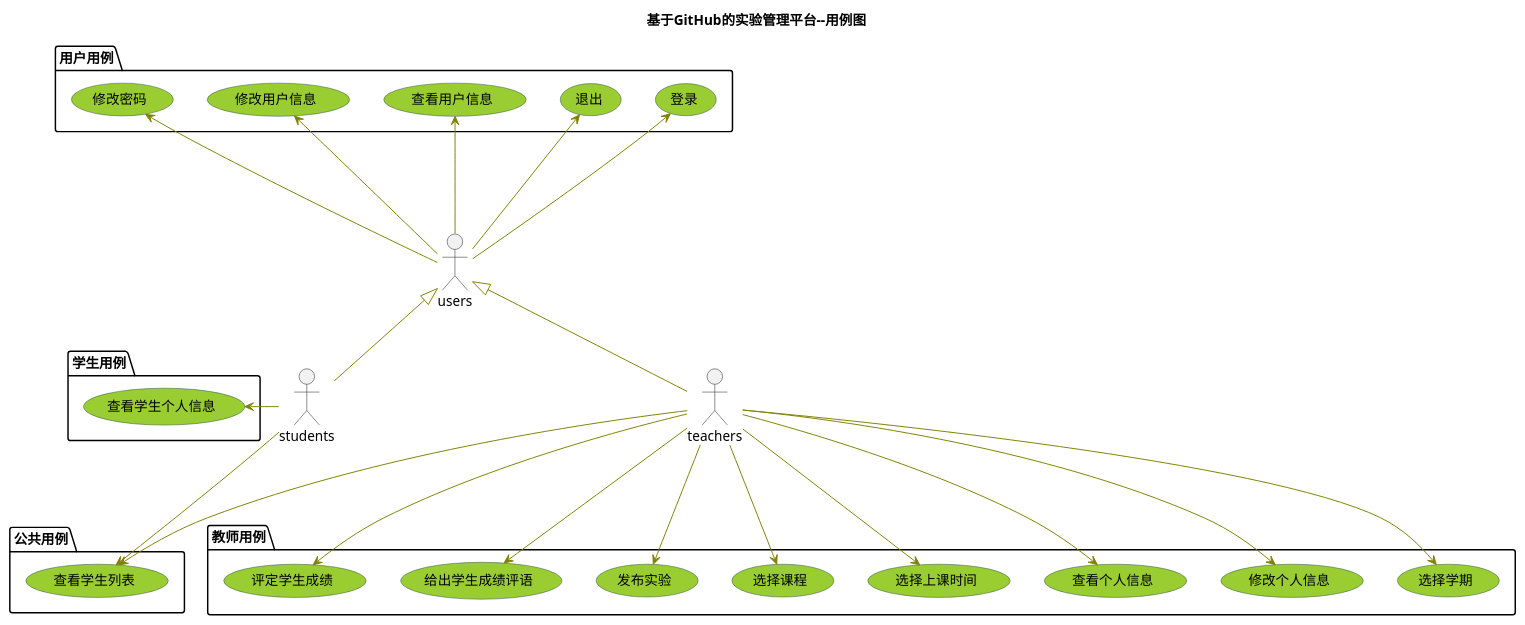
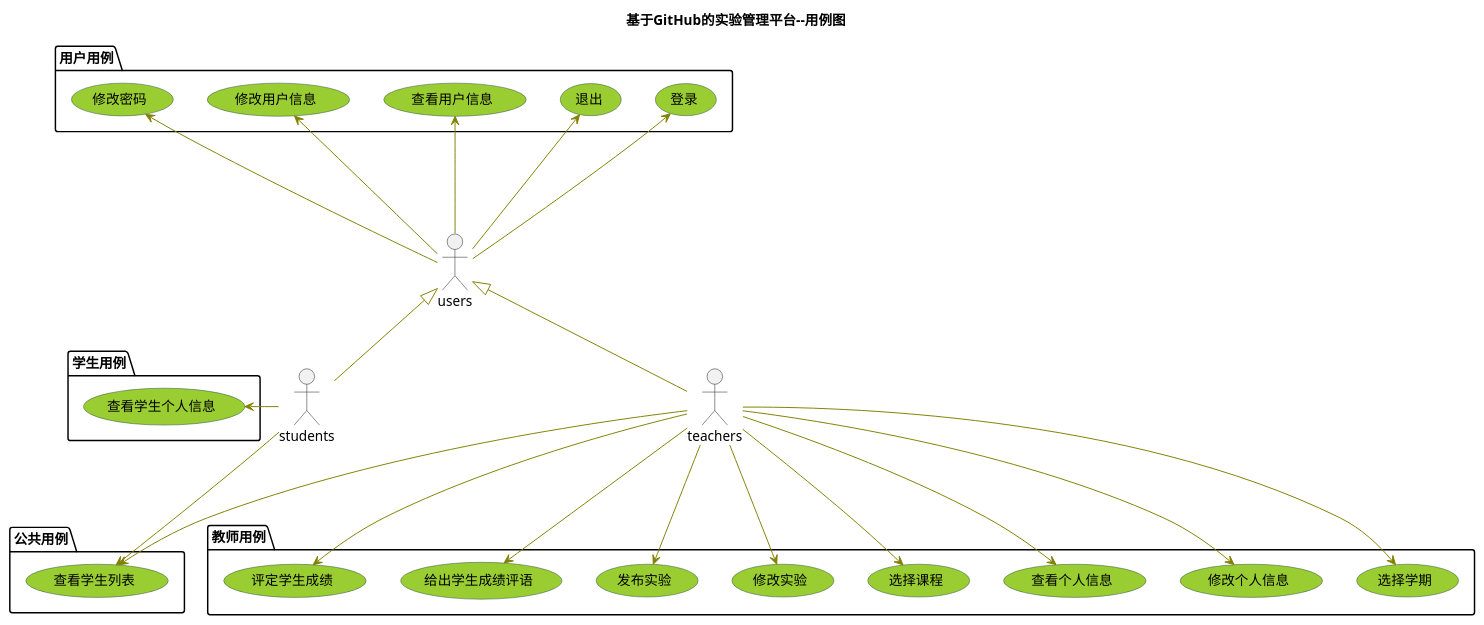
One commit to crazyxFeng/is_analysis changed the diagram in test6/src/usecase.puml. Above: the diagram before and after it, drawn with PlantUML. The commit also changed 1 other file, not shown here.

```diff
--- a/test6/src/usecase.puml
+++ b/test6/src/usecase.puml
@@ -1,47 +1,48 @@
 @startuml
 title 基于GitHub的实验管理平台--用例图
 skinparam usecase {
 	BackgroundColor YellowGreen
 	BorderColor DarkSlateGray
 
 	BackgroundColor<< Main >> YellowRed
 	BorderColor<< Main >> YellowGreen
 
 	ArrowColor Olive
 	ActorBorderColor black
 	ActorFontName Courier
 
 	ActorBackgroundColor<< Human >> Gold
 }
 actor teachers
 actor students
 actor users
 
 users <|-- teachers
 users <|-- students
 
 package 用户用例 {
 users --up-> (登录)
 users --up-> (退出)
 users --up-> (查看用户信息)
 users --up-> (修改用户信息)
 users --up-> (修改密码)
 }
 package 学生用例 {
 students --left-> (查看学生个人信息)
 }
 package 公共用例 {
 students --down-> (查看学生列表)
 teachers --down-> (查看学生列表)
+
 }
 package 教师用例 {
 teachers ---> (评定学生成绩)
 teachers ---> (给出学生成绩评语)
 teachers ---> (发布实验)
+teachers ---> (修改实验)
 teachers ---> (选择课程)
-teachers ---> (选择上课时间)
 teachers ---> (查看个人信息)
 teachers ---> (修改个人信息)
 teachers ---> (选择学期)
 }
 @enduml
```
